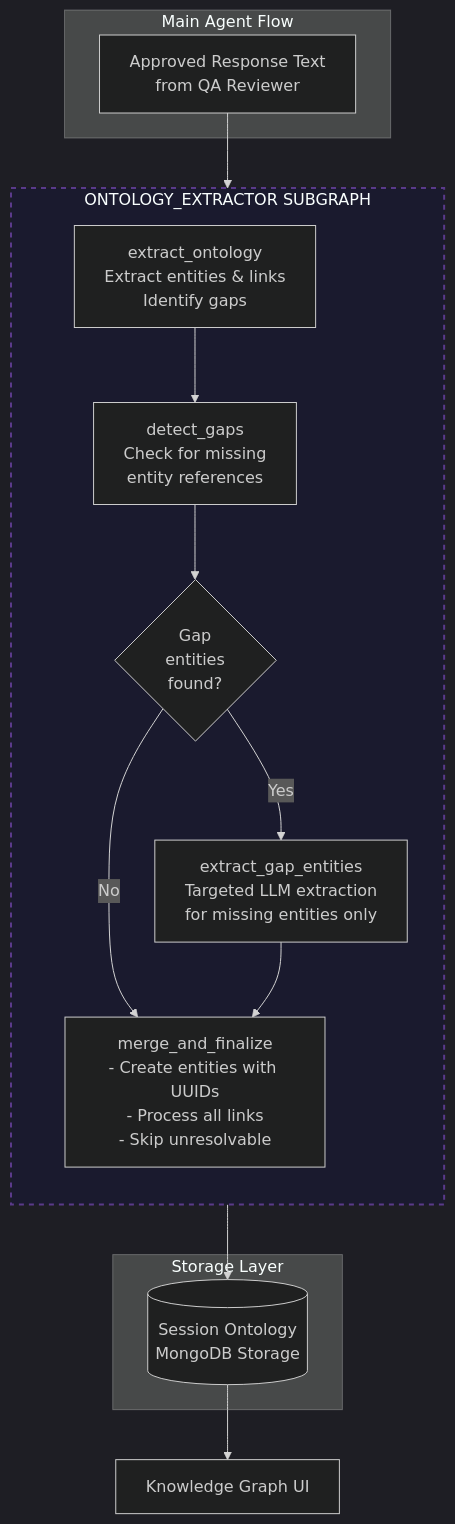
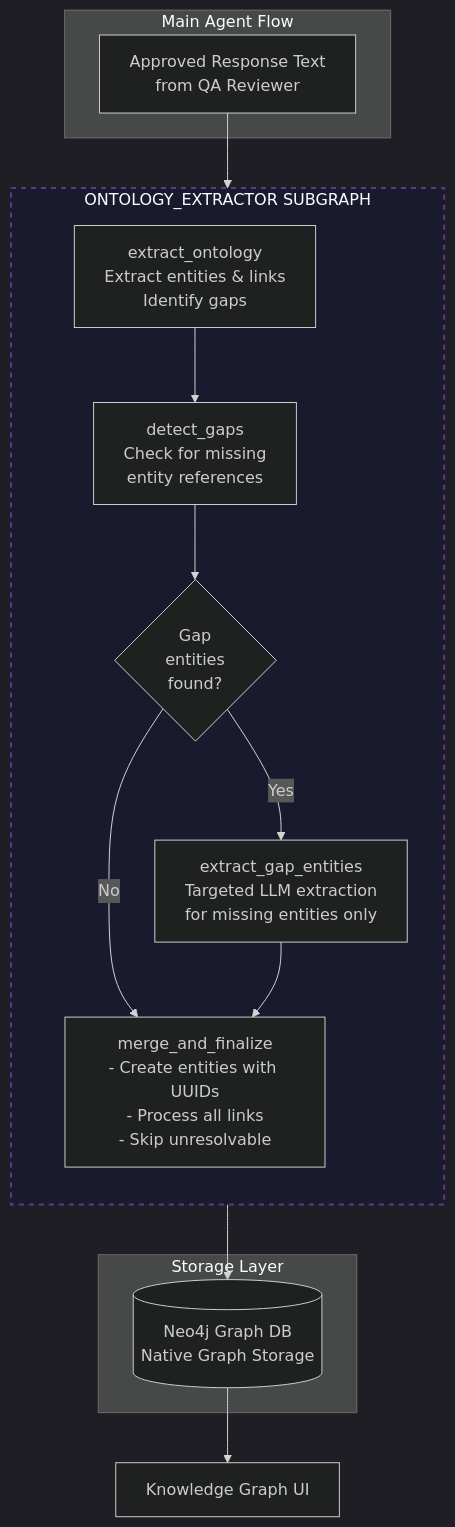
Before and after one commit to fbaierl/geo-vision-lab: the first of 2 diagrams in docs/ontology.md, drawn with Mermaid. The commit also changed other lines of this file and 18 other files, not shown here.

````diff
--- a/docs/ontology.md
+++ b/docs/ontology.md
@@ -28,30 +30,30 @@
 ```mermaid
 %%{init: {'theme': 'dark'}}%%
 flowchart TB
     subgraph Main["Main Agent Flow"]
         RESP["Approved Response Text<br/>from QA Reviewer"]
     end
 
     subgraph OntologySubgraph["ONTOLOGY_EXTRACTOR SUBGRAPH"]
         direction TB
         Extract["extract_ontology<br/>Extract entities & links<br/>Identify gaps"]
         
         Extract --> Detect["detect_gaps<br/>Check for missing<br/>entity references"]
         
         Detect --> Check{Gap<br/>entities<br/>found?}
         
         Check -->|Yes| GapExtract["extract_gap_entities<br/>Targeted LLM extraction<br/>for missing entities only"]
         Check -->|No| Merge
         
         GapExtract --> Merge["merge_and_finalize<br/>- Create entities with UUIDs<br/>- Process all links<br/>- Skip unresolvable"]
     end
 
     subgraph Store["Storage Layer"]
-        Merge --> SessionOntology[("Session Ontology<br/>MongoDB Storage")]
+        Merge --> Neo4j[("Neo4j Graph DB<br/>Native Graph Storage")]
     end
 
     RESP --> Extract
-    SessionOntology --> UI["Knowledge Graph UI"]
+    Neo4j --> UI["Knowledge Graph UI"]
     
     style OntologySubgraph fill:#1a1a2e,stroke:#5a3a8a,stroke-width:2px,stroke-dasharray: 5 5
 ```
````
